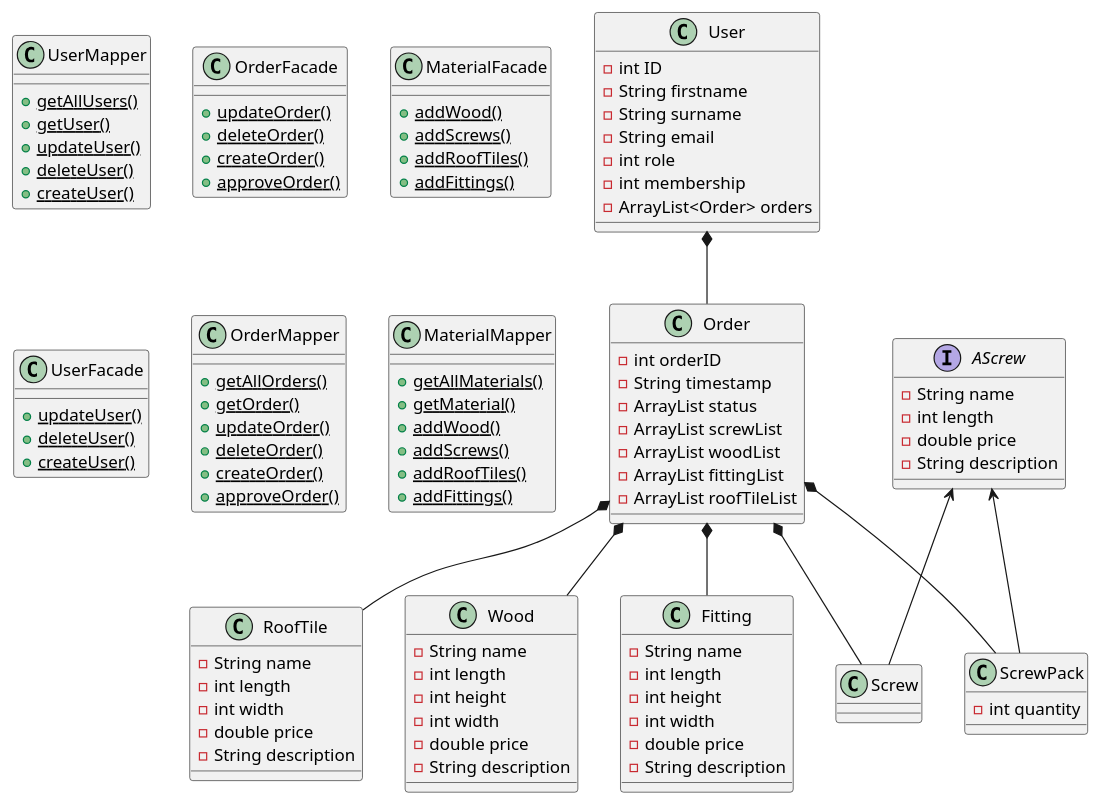
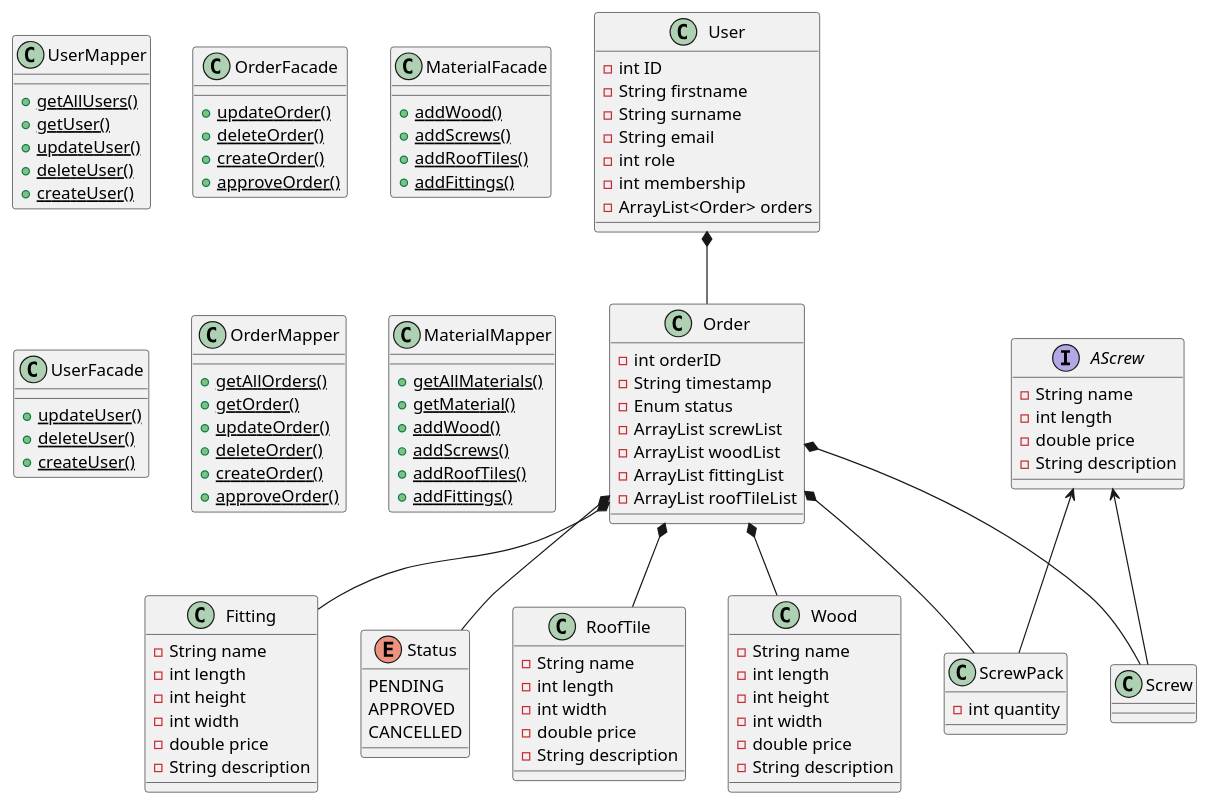
One commit to HeinLarsen/fog-carport changed the diagram in documentation/ClassDiagram.puml. Above: the diagram before and after it, drawn with PlantUML.

```diff
--- a/documentation/ClassDiagram.puml
+++ b/documentation/ClassDiagram.puml
@@ -1,123 +1,128 @@
 @startuml
 'https://plantuml.com/class-diagram
 
 class User {
 -int ID
 -String firstname
 -String surname
 -String email
 -int role
 -int membership
 -ArrayList<Order> orders
 }
 
 class Order {
 -int orderID
 -String timestamp
--ArrayList status
+-Enum status
 -ArrayList screwList
 -ArrayList woodList
 -ArrayList fittingList
 -ArrayList roofTileList
 }
 
 class UserMapper{
 + {static} getAllUsers()
 + {static} getUser()
 + {static} updateUser()
 + {static} deleteUser()
 + {static} createUser()
 }
 
 class OrderFacade{
 + {static} updateOrder()
 + {static} deleteOrder()
 + {static} createOrder()
 + {static} approveOrder()
 }
 
 class MaterialFacade{
 + {static} addWood()
 + {static} addScrews()
 + {static} addRoofTiles()
 + {static} addFittings()
 }
 
 class UserFacade{
 + {static} updateUser()
 + {static} deleteUser()
 + {static} createUser()
 }
 
-
 class OrderMapper{
 + {static} getAllOrders()
 + {static} getOrder()
 + {static} updateOrder()
 + {static} deleteOrder()
 + {static} createOrder()
 + {static} approveOrder()
 }
 
 class MaterialMapper{
 + {static} getAllMaterials()
 + {static} getMaterial()
 + {static} addWood()
 + {static} addScrews()
 + {static} addRoofTiles()
 + {static} addFittings()
-
 }
 
 class RoofTile{
 -String name
 -int length
 -int width
 -double price
 -String description
 }
 
 class Wood{
 -String name
 -int length
 -int height
 -int width
 -double price
 -String description
 }
 
 class Fitting{
 -String name
 -int length
 -int height
 -int width
 -double price
 -String description
 
 }
 
 interface AScrew{
 -String name
 -int length
 -double price
 -String description
 
 }
 
 class ScrewPack{
 -int quantity
 }
 
 class Screw{
 }
 
+Enum Status {
+    PENDING
+    APPROVED
+    CANCELLED
+}
+
 Order *-- Screw
 Order *-- ScrewPack
 Order *-- Fitting
 Order *-- RoofTile
 Order *-- Wood
+Order *-- Status
 User *-- Order
 AScrew <-- ScrewPack
 AScrew <-- Screw
 
 @enduml
```
